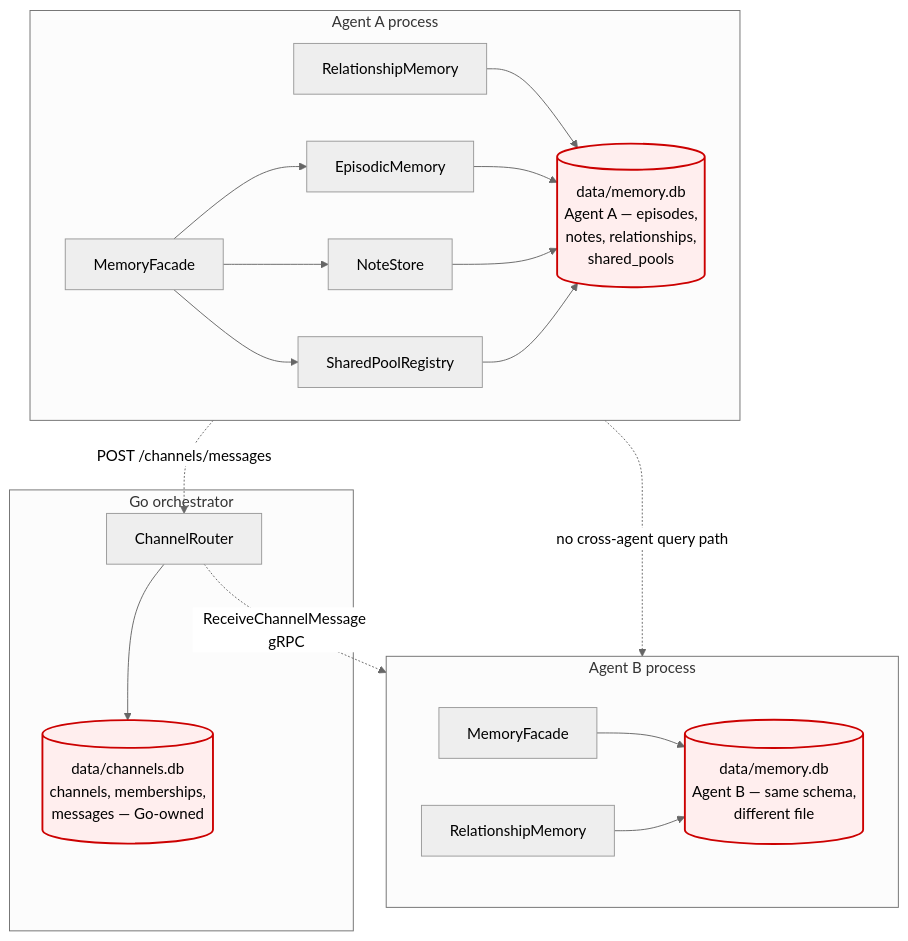
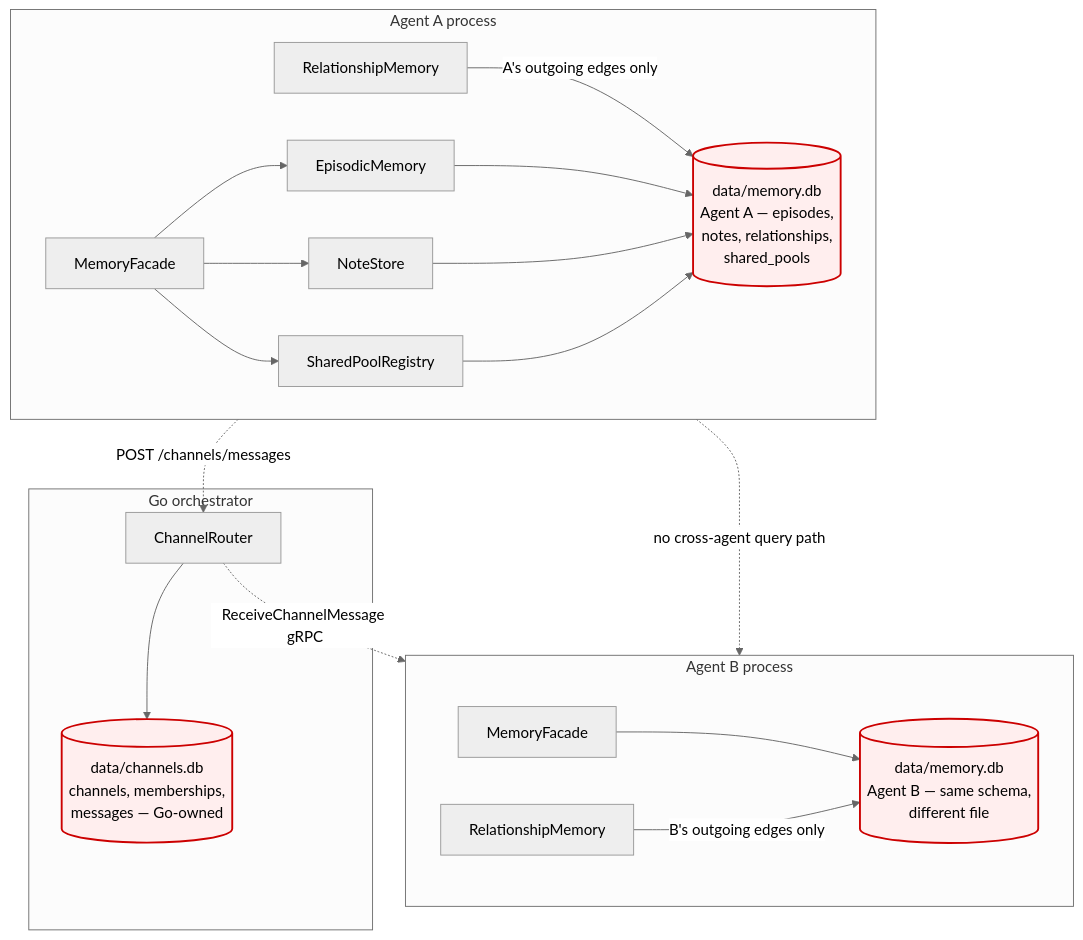
One commit to mkhomutov/Persatrix changed the diagram in docs/rfcs/0029-personal-society-storage-split.md. Above: the diagram before and after it, drawn with Mermaid (neutral theme). The commit also changed other lines of this file, not shown here.

````diff
--- a/docs/rfcs/0029-personal-society-storage-split.md
+++ b/docs/rfcs/0029-personal-society-storage-split.md
@@ -88,28 +88,28 @@
 ```mermaid
 flowchart TB
     subgraph Agent_A [Agent A process]
         FA[MemoryFacade] --> EA[EpisodicMemory]
         FA --> NA[NoteStore]
         FA --> SPA[SharedPoolRegistry]
-        RA[RelationshipMemory] --> DBA[(data/memory.db<br/>Agent A — episodes,<br/>notes, relationships,<br/>shared_pools)]
+        RA[RelationshipMemory] -->|A's outgoing edges only| DBA[(data/memory.db<br/>Agent A — episodes,<br/>notes, relationships,<br/>shared_pools)]
         EA --> DBA
         NA --> DBA
         SPA --> DBA
     end
 
     subgraph Agent_B [Agent B process]
         FB[MemoryFacade] --> DBB[(data/memory.db<br/>Agent B — same schema,<br/>different file)]
-        RB[RelationshipMemory] --> DBB
+        RB[RelationshipMemory] -->|B's outgoing edges only| DBB
     end
 
     subgraph Orchestrator [Go orchestrator]
         CR[ChannelRouter] --> CDB[(data/channels.db<br/>channels, memberships,<br/>messages — Go-owned)]
     end
 
     Agent_A -. no cross-agent query path .-> Agent_B
     Agent_A -. POST /channels/messages .-> CR
     CR -. ReceiveChannelMessage gRPC .-> Agent_B
 
     classDef gap stroke:#c00,stroke-width:2px,fill:#fee
     class DBA,DBB,CDB gap
 ```
````
